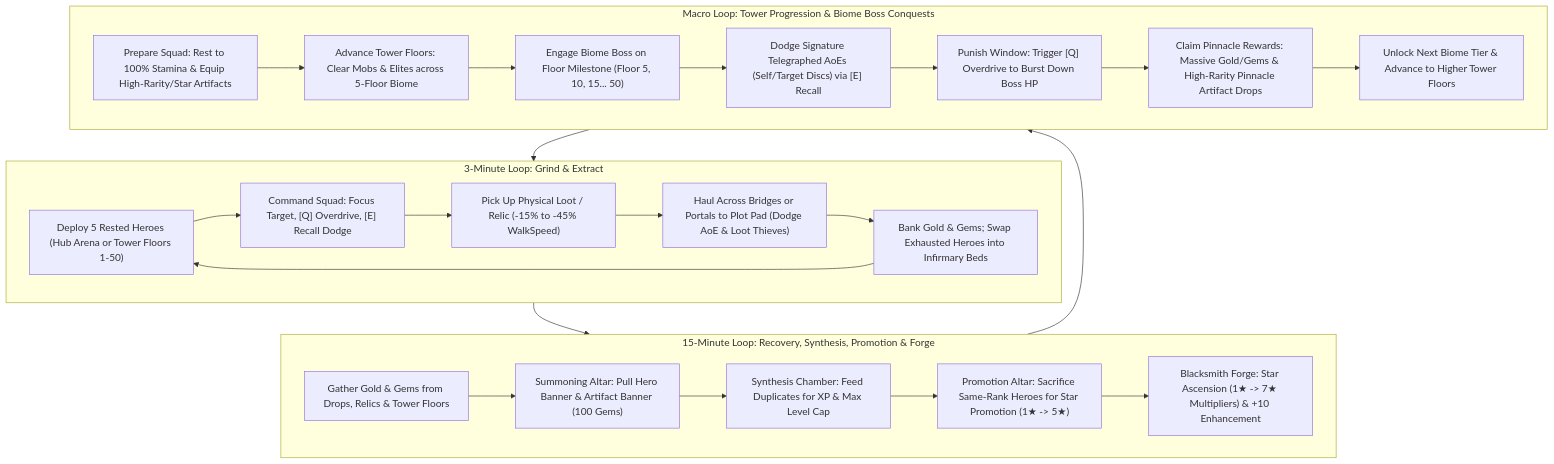
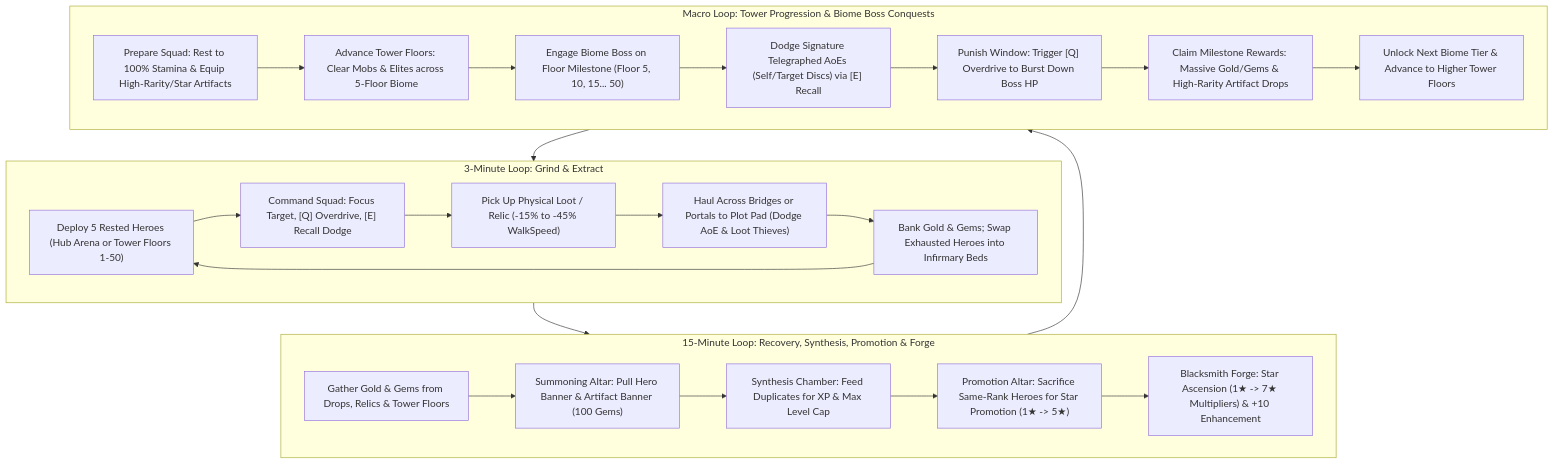
One commit to Zaimoo/infinite-tower changed the diagram in GAME_DESIGN.MD. Above: the diagram before and after it, drawn with Mermaid. The commit also changed other lines of this file, not shown here.

Commit message:
docs: remove watchtower and pinnacle artifact references, expand plot radius 1.2x, move market and training grounds inside fortress

````diff
--- a/GAME_DESIGN.MD
+++ b/GAME_DESIGN.MD
@@ -46,30 +46,30 @@
 ```mermaid
 flowchart TD
     subgraph Micro["3-Minute Loop: Grind & Extract"]
         M1["Deploy 5 Rested Heroes (Hub Arena or Tower Floors 1-50)"] --> M2["Command Squad: Focus Target, [Q] Overdrive, [E] Recall Dodge"]
         M2 --> M3["Pick Up Physical Loot / Relic (-15% to -45% WalkSpeed)"]
         M3 --> M4["Haul Across Bridges or Portals to Plot Pad (Dodge AoE & Loot Thieves)"]
         M4 --> M5["Bank Gold & Gems; Swap Exhausted Heroes into Infirmary Beds"]
         M5 --> M1
     end
 
     subgraph Meso["15-Minute Loop: Recovery, Synthesis, Promotion & Forge"]
         T1["Gather Gold & Gems from Drops, Relics & Tower Floors"] --> T2["Summoning Altar: Pull Hero Banner & Artifact Banner (100 Gems)"]
         T2 --> T3["Synthesis Chamber: Feed Duplicates for XP & Max Level Cap"]
         T3 --> T4["Promotion Altar: Sacrifice Same-Rank Heroes for Star Promotion (1★ -> 5★)"]
         T4 --> T5["Blacksmith Forge: Star Ascension (1★ -> 7★ Multipliers) & +10 Enhancement"]
     end
 
     subgraph Macro["Macro Loop: Tower Progression & Biome Boss Conquests"]
         B1["Prepare Squad: Rest to 100% Stamina & Equip High-Rarity/Star Artifacts"] --> B2["Advance Tower Floors: Clear Mobs & Elites across 5-Floor Biome"]
         B2 --> B3["Engage Biome Boss on Floor Milestone (Floor 5, 10, 15... 50)"]
         B3 --> B4["Dodge Signature Telegraphed AoEs (Self/Target Discs) via [E] Recall"]
         B4 --> B5["Punish Window: Trigger [Q] Overdrive to Burst Down Boss HP"]
-        B5 --> B6["Claim Pinnacle Rewards: Massive Gold/Gems & High-Rarity Pinnacle Artifact Drops"]
+        B5 --> B6["Claim Milestone Rewards: Massive Gold/Gems & High-Rarity Artifact Drops"]
         B6 --> B7["Unlock Next Biome Tier & Advance to Higher Tower Floors"]
     end
 
     Micro --> Meso
     Meso --> Macro
     Macro --> Micro
 ```
````
